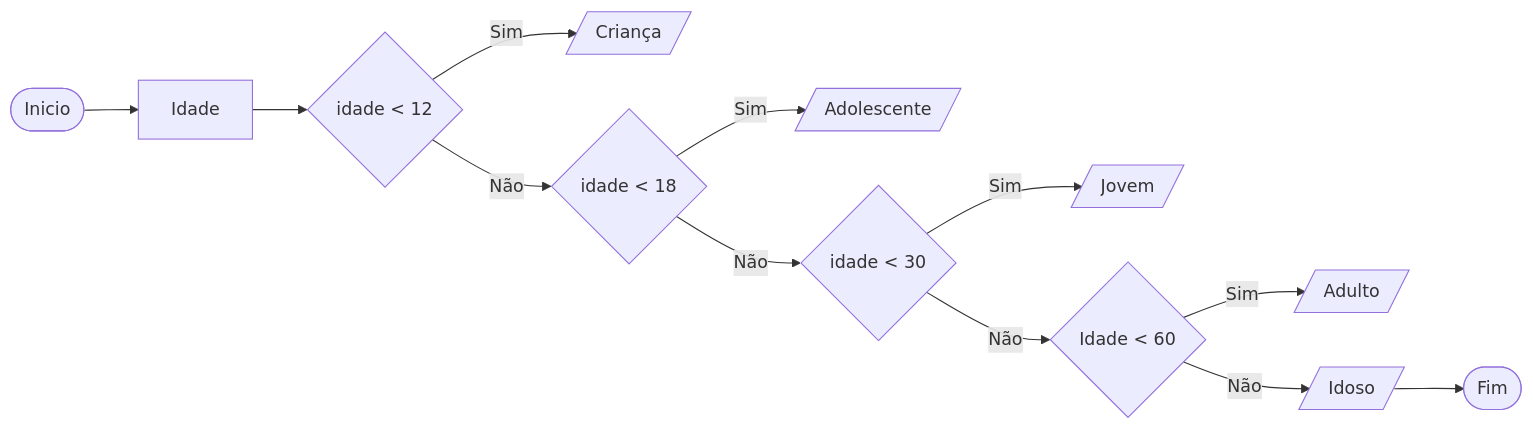
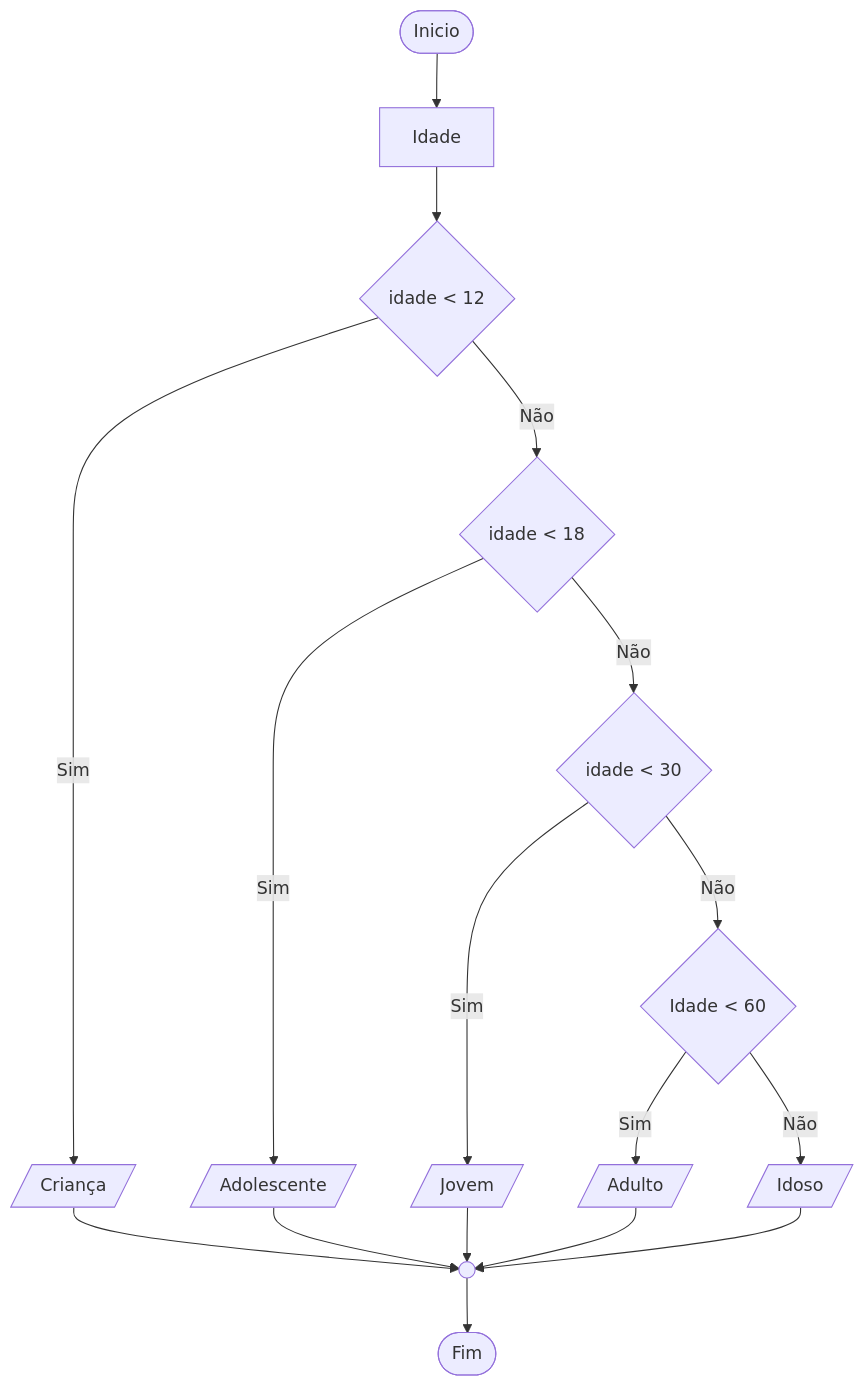
One commit to andre-jnr/estudos-diagrama-mermaid changed the diagram in faixa-etaria/readme.md. Above: the diagram before and after it, drawn with Mermaid.

Commit message:
Corrigindo fluxo do diagrama

````diff
--- a/faixa-etaria/readme.md
+++ b/faixa-etaria/readme.md
@@ -7,14 +7,19 @@
 ```mermaid
-  graph LR;
+  graph TB;
       A([Inicio]) --> B[Idade];
       B --> C{idade < 12};
       C -->|Sim| D[/Criança/];
+      D --> L(( ))
       C -->|Não| E{idade < 18};
       E -->|Sim| F[/Adolescente/];
+      F --> L
       E -->|Não| G{idade < 30};
       G -->|Sim| H[/Jovem/];
+      H --> L
       G -->|Não| I{Idade < 60};
       I -->|Sim| J[/Adulto/];
+      J --> L
       I -->|Não| K[/Idoso/];
-      K --> L([Fim]) 
+      K --> L
+      L --> N([Fim])
 ```
````
